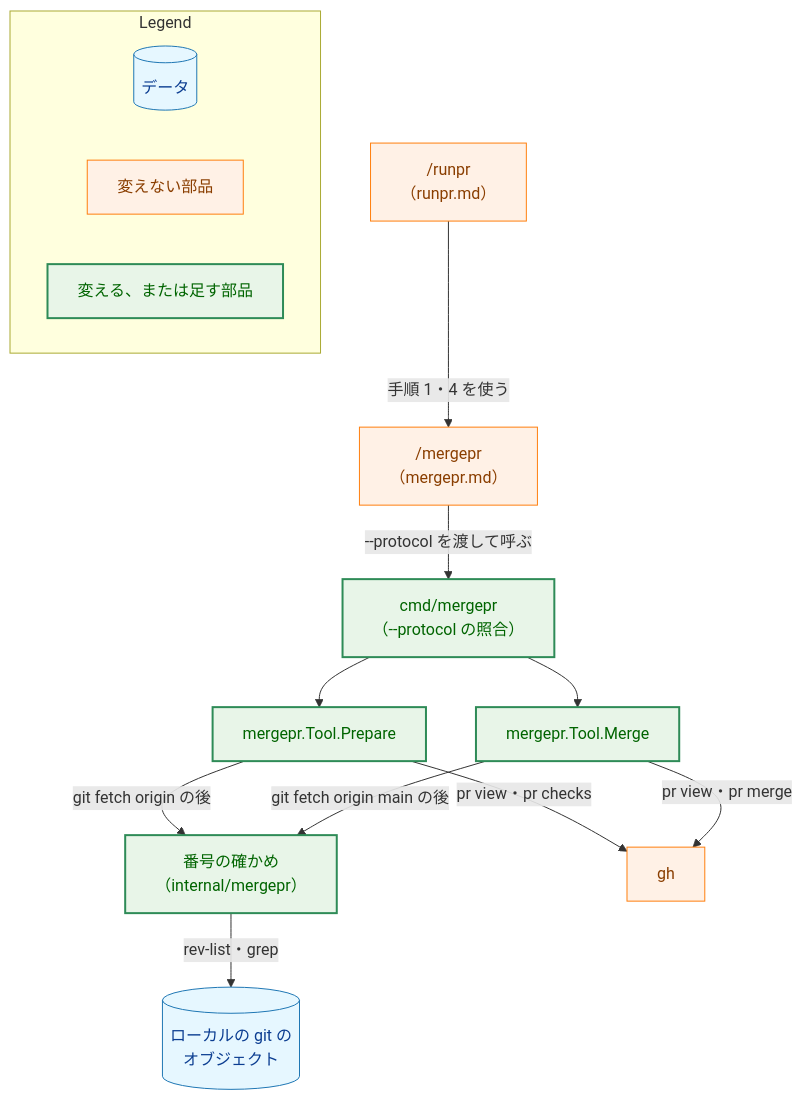
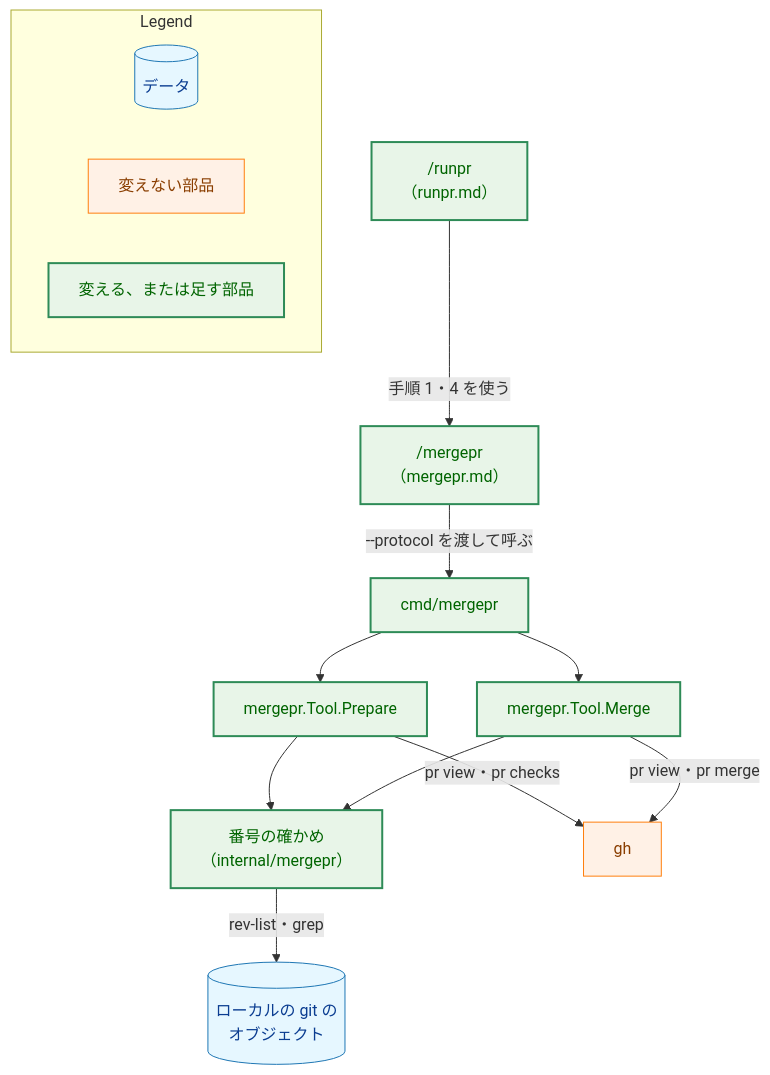
The second of 4 diagrams in docs/tasks/0099_protocol_number_rule/02_architecture.md (isseis/yt2column), drawn with Mermaid before and after one commit. The commit also changed other lines of this file and 1 other file, not shown here.

First line of the commit message:
docs(0099): address the architecture review and the prose pass

````diff
--- a/docs/tasks/0099_protocol_number_rule/02_architecture.md
+++ b/docs/tasks/0099_protocol_number_rule/02_architecture.md
@@ -95,38 +98,38 @@
 ```mermaid
 flowchart TD
     classDef data fill:#e6f7ff,stroke:#1f77b4,stroke-width:1px,color:#0b3d91;
     classDef process fill:#fff1e6,stroke:#ff7f0e,stroke-width:1px,color:#8a3e00;
     classDef enhanced fill:#e8f5e8,stroke:#2e8b57,stroke-width:2px,color:#006400;
 
     RUNPR["/runpr<br>（runpr.md）"]
     MERGEPR_DOC["/mergepr<br>（mergepr.md）"]
-    CLI["cmd/mergepr<br>（--protocol の照合）"]
+    CLI["cmd/mergepr"]
     PREPARE["mergepr.Tool.Prepare"]
     MERGE["mergepr.Tool.Merge"]
     CHECK["番号の確かめ<br>（internal/mergepr）"]
     GIT[("ローカルの git の<br>オブジェクト")]
     GH["gh"]
 
     RUNPR -->|"手順 1・4 を使う"| MERGEPR_DOC
     MERGEPR_DOC -->|"--protocol を渡して呼ぶ"| CLI
     CLI --> PREPARE
     CLI --> MERGE
-    PREPARE -->|"git fetch origin の後"| CHECK
-    MERGE -->|"git fetch origin main の後"| CHECK
+    PREPARE --> CHECK
+    MERGE --> CHECK
     CHECK -->|"rev-list・grep"| GIT
     PREPARE -->|"pr view・pr checks"| GH
     MERGE -->|"pr view・pr merge"| GH
 
     class GIT data
-    class RUNPR,MERGEPR_DOC,GH process
-    class CLI,PREPARE,MERGE,CHECK enhanced
+    class GH process
+    class RUNPR,MERGEPR_DOC,CLI,PREPARE,MERGE,CHECK enhanced
 
     subgraph Legend["Legend"]
         L1[("データ")]
         L2["変えない部品"]
         L3["変える、または足す部品"]
     end
     class L1 data
     class L2 process
     class L3 enhanced
 ```
````
